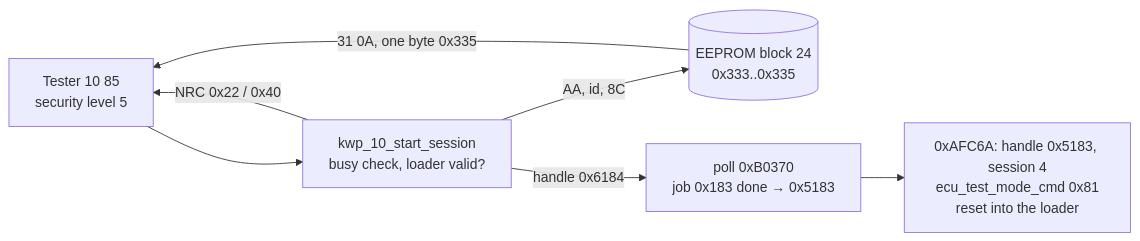
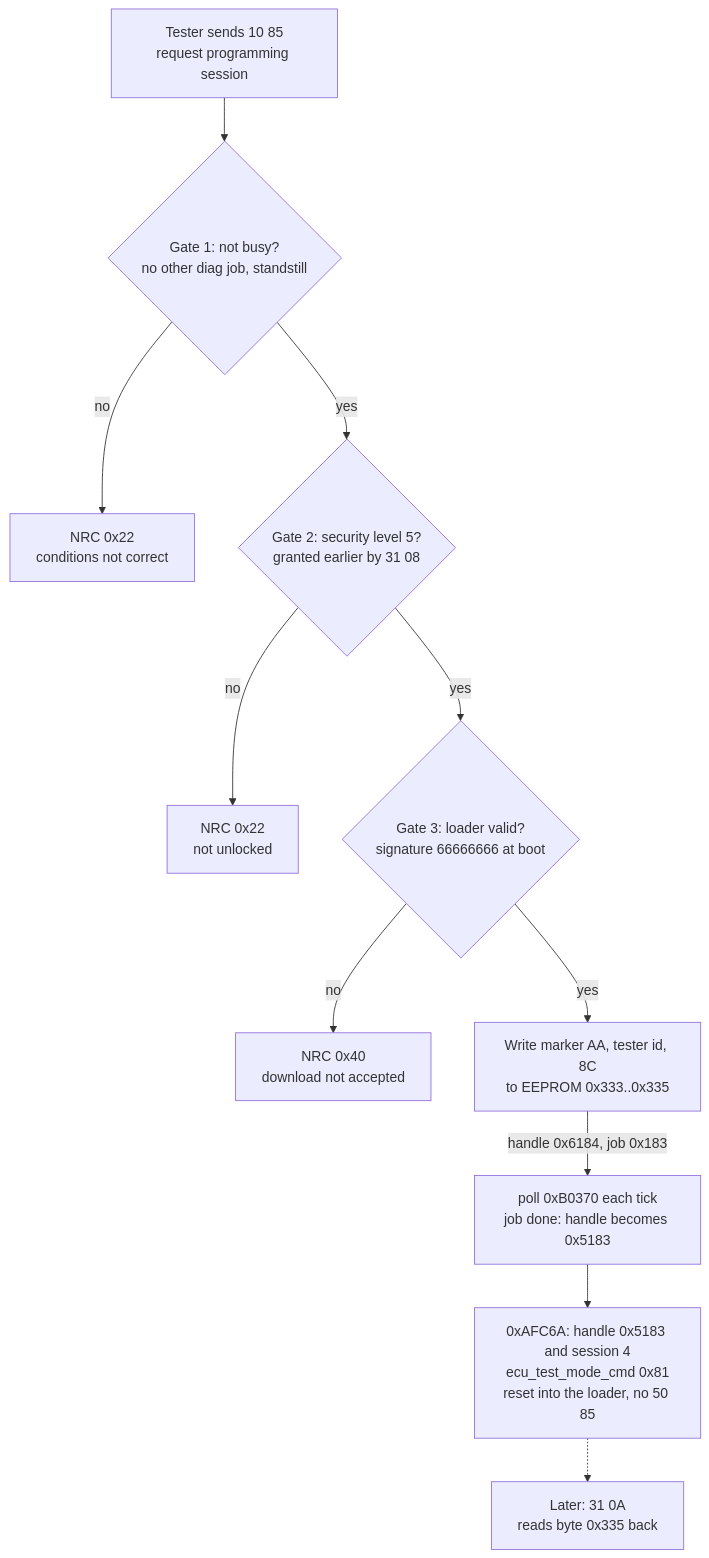
The third of 3 diagrams in analysis/kwp_dispatch.md (Bry5on/MK60-M-Core-Disassembly-Process), drawn with Mermaid before and after one commit. The commit also changed 2 other files, not shown here.

Commit message:
Analysis docs: manufacturing protocol, program-request record, gated 10 85 diagram
mfg_test_cycle.md: the second protocol on the K-line UART: power-up
window and knock, selection byte and UART configuration, access levels,
command classes with a glossary of every object they touch, the factory
command table with all 26 populated slots read, open questions.

program_request_record.md: the AA / tester-id / 8C record that 10 85
writes before resetting into the loader, its writer, reader and the
E46 comparison.

kwp_dispatch.md: the programming-session flow diagram now shows the
three gates and their refusal codes.

````diff
--- a/analysis/kwp_dispatch.md
+++ b/analysis/kwp_dispatch.md
@@ -235,9 +235,13 @@
 ```mermaid
-flowchart LR
-    T[Tester 10 85<br/>security level 5] --> H[kwp_10_start_session<br/>busy check, loader valid?]
-    H -- NRC 0x22 / 0x40 --> T
-    H -- AA, id, 8C --> E[(EEPROM block 24<br/>0x333..0x335)]
-    H -- handle 0x6184 --> P[poll 0xB0370<br/>job 0x183 done → 0x5183]
-    P --> R[0xAFC6A: handle 0x5183, session 4<br/>ecu_test_mode_cmd 0x81<br/>reset into the loader]
-    E -- 31 0A, one byte 0x335 --> T
+flowchart TD
+    T[Tester sends 10 85<br/>request programming session] --> G1{Gate 1: not busy?<br/>no other diag job, standstill}
+    G1 -- no --> N1[NRC 0x22<br/>conditions not correct]
+    G1 -- yes --> G2{Gate 2: security level 5?<br/>granted earlier by 31 08}
+    G2 -- no --> N2[NRC 0x22<br/>not unlocked]
+    G2 -- yes --> G3{Gate 3: loader valid?<br/>signature 66666666 at boot}
+    G3 -- no --> N3[NRC 0x40<br/>download not accepted]
+    G3 -- yes --> W[Write marker AA, tester id, 8C<br/>to EEPROM 0x333..0x335]
+    W -- handle 0x6184, job 0x183 --> P[poll 0xB0370 each tick<br/>job done: handle becomes 0x5183]
+    P --> R[0xAFC6A: handle 0x5183 and session 4<br/>ecu_test_mode_cmd 0x81<br/>reset into the loader, no 50 85]
+    R -.-> L[Later: 31 0A<br/>reads byte 0x335 back]
 ```
````
